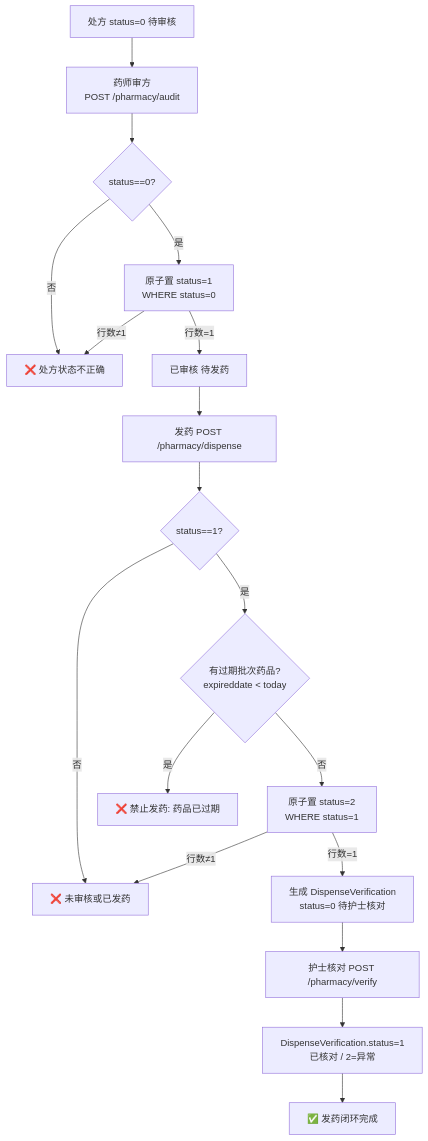
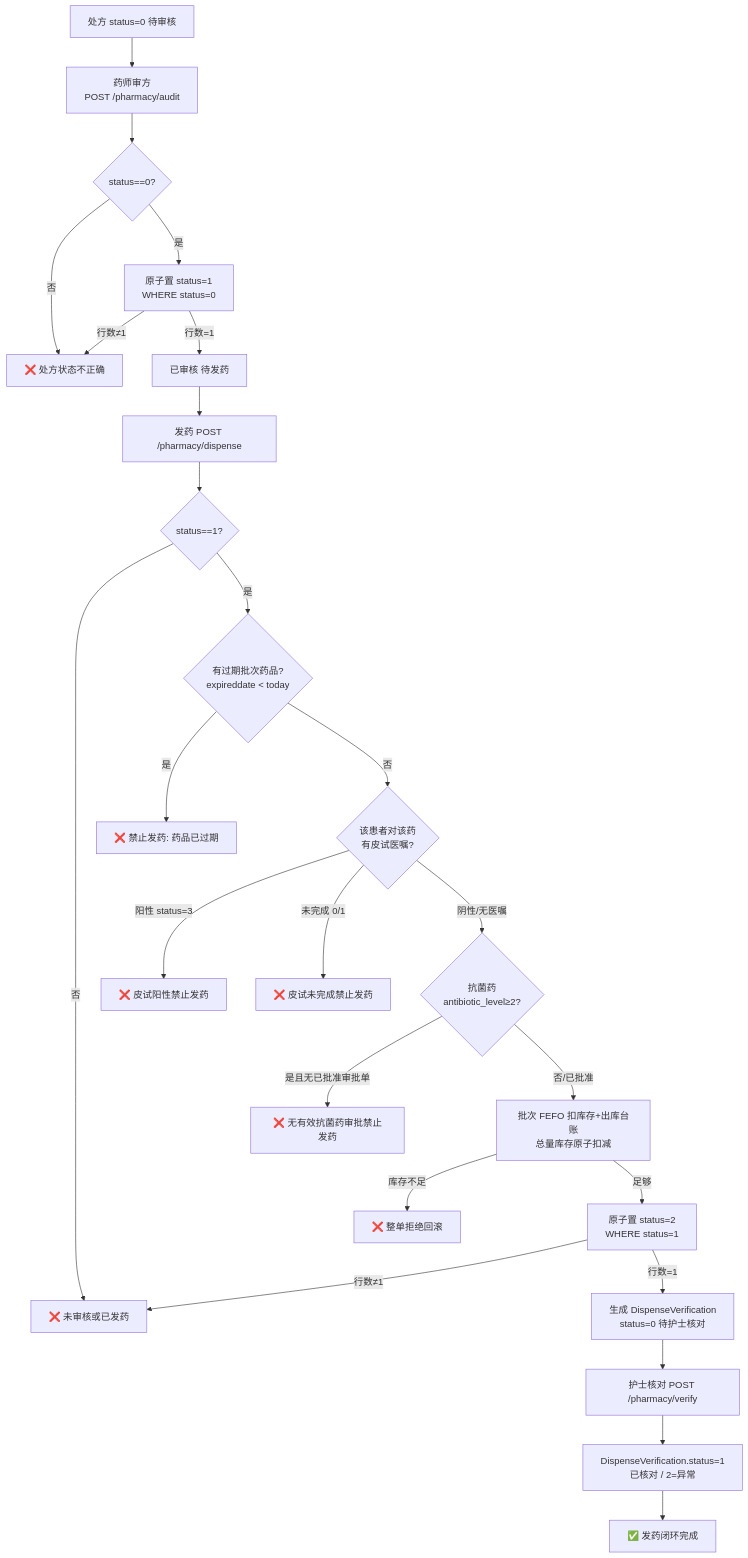
One commit to Palpitate-xus/hoimsystem changed the second of 9 diagrams in doc/flowcharts/02-药品药房.md. Above: the diagram before and after it, drawn with Mermaid. The commit also changed other lines of this file and 3 other files, not shown here.

First line of the commit message:
docs(flowcharts): reflect second-round audit fixes in business flow diagrams

````diff
--- a/doc/flowcharts/02-药品药房.md
+++ b/doc/flowcharts/02-药品药房.md
@@ -36,20 +36,27 @@
 ```mermaid
 flowchart TD
     A[处方 status=0 待审核] --> B[药师审方<br/>POST /pharmacy/audit]
     B --> C{status==0?}
     C -- 否 --> D[❌ 处方状态不正确]
     C -- 是 --> E[原子置 status=1<br/>WHERE status=0]
     E -- 行数≠1 --> D
     E -- 行数=1 --> F[已审核 待发药]
     F --> G[发药 POST /pharmacy/dispense]
     G --> H{status==1?}
     H -- 否 --> I[❌ 未审核或已发药]
     H -- 是 --> J{有过期批次药品?<br/>expireddate < today}
     J -- 是 --> K[❌ 禁止发药: 药品已过期]
-    J -- 否 --> L[原子置 status=2<br/>WHERE status=1]
-    L -- 行数≠1 --> I
-    L -- 行数=1 --> M[生成 DispenseVerification<br/>status=0 待护士核对]
+    J -- 否 --> J2{该患者对该药<br/>有皮试医嘱?}
+    J2 -- 阳性 status=3 --> K2[❌ 皮试阳性禁止发药]
+    J2 -- 未完成 0/1 --> K3[❌ 皮试未完成禁止发药]
+    J2 -- 阴性/无医嘱 --> J3{抗菌药<br/>antibiotic_level≥2?}
+    J3 -- 是且无已批准审批单 --> K4[❌ 无有效抗菌药审批禁止发药]
+    J3 -- 否/已批准 --> L[批次 FEFO 扣库存+出库台账<br/>总量库存原子扣减]
+    L -- 库存不足 --> K5[❌ 整单拒绝回滚]
+    L -- 足够 --> L2[原子置 status=2<br/>WHERE status=1]
+    L2 -- 行数≠1 --> I
+    L2 -- 行数=1 --> M[生成 DispenseVerification<br/>status=0 待护士核对]
     M --> N[护士核对 POST /pharmacy/verify]
     N --> O[DispenseVerification.status=1<br/>已核对 / 2=异常]
     O --> P[✅ 发药闭环完成]
 ```
````
